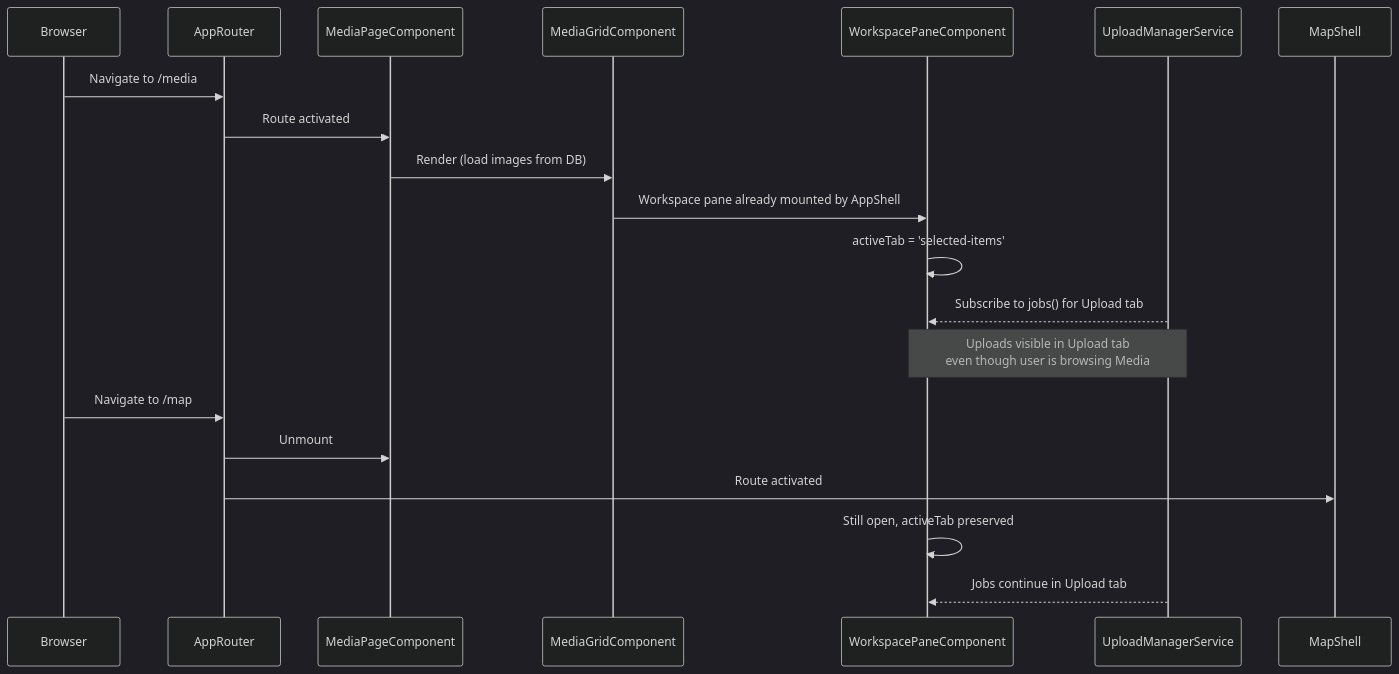
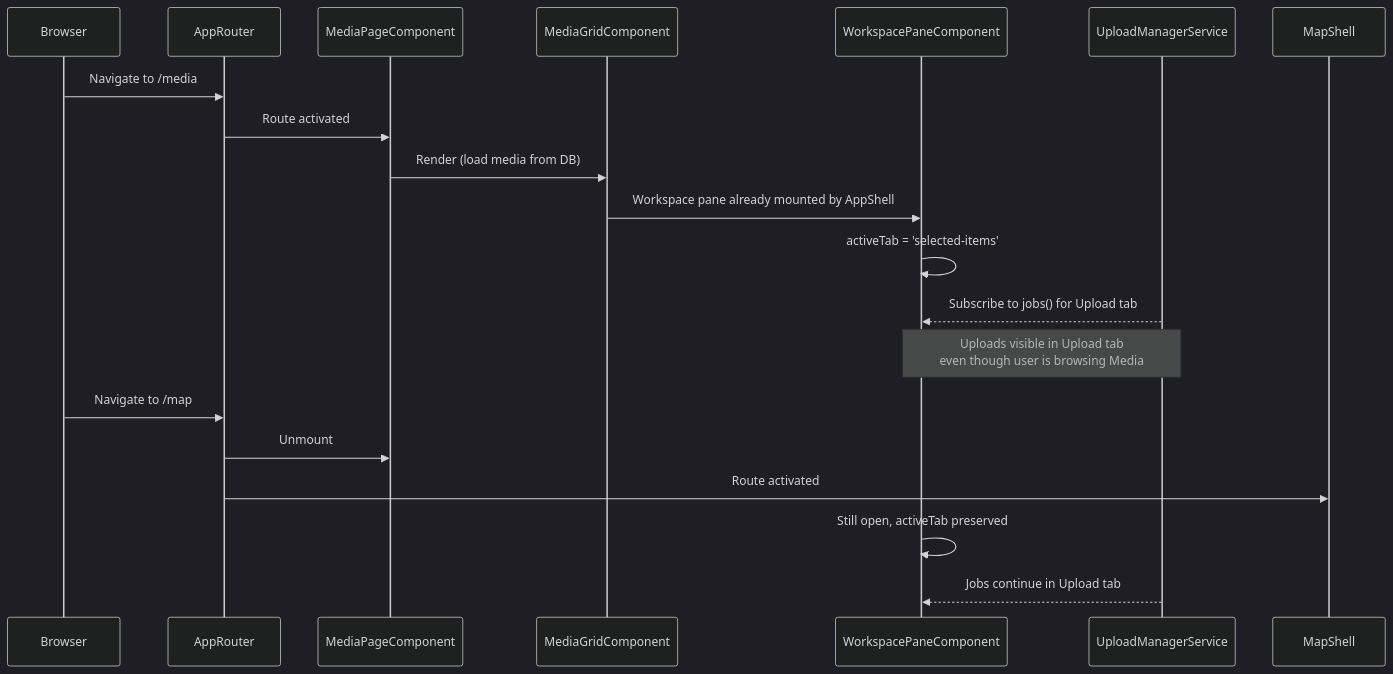
The third of 3 diagrams in docs/element-specs/media-page.md (matkleve/feldpost), drawn with Mermaid (dark theme) before and after one commit. The commit also changed other lines of this file and 32 other files, not shown here.

````diff
--- a/docs/element-specs/media-page.md
+++ b/docs/element-specs/media-page.md
@@ -318,24 +318,24 @@
 ```mermaid
 sequenceDiagram
     participant Browser
     participant ReflectorRouter as AppRouter
     participant MediaPage as MediaPageComponent
     participant MediaGrid as MediaGridComponent
     participant Pane as WorkspacePaneComponent
     participant Upload as UploadManagerService
 
     Browser->>ReflectorRouter: Navigate to /media
     ReflectorRouter->>MediaPage: Route activated
-    MediaPage->>MediaGrid: Render (load images from DB)
+    MediaPage->>MediaGrid: Render (load media from DB)
     MediaGrid->>Pane: Workspace pane already mounted by AppShell
     Pane->>Pane: activeTab = 'selected-items'
     Upload-->>Pane: Subscribe to jobs() for Upload tab
 
     Note over Pane,Upload: Uploads visible in Upload tab<br/>even though user is browsing Media
 
     Browser->>ReflectorRouter: Navigate to /map
     ReflectorRouter->>MediaPage: Unmount
     ReflectorRouter->>MapShell: Route activated
     Pane->>Pane: Still open, activeTab preserved
     Upload-->>Pane: Jobs continue in Upload tab
 ```
````
